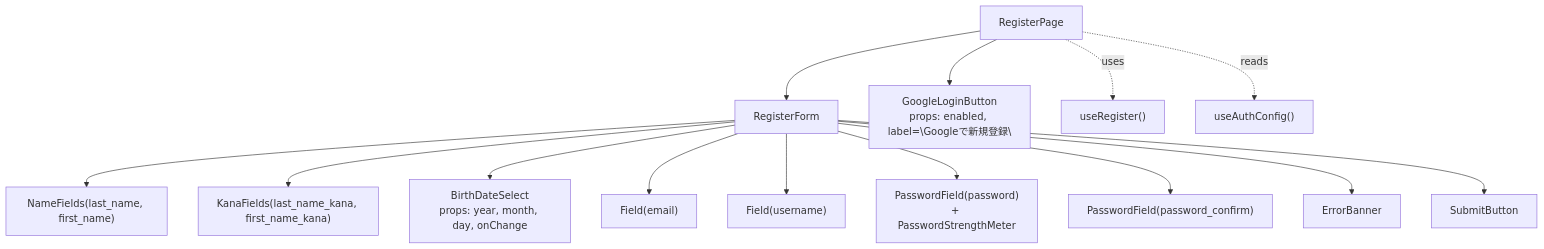
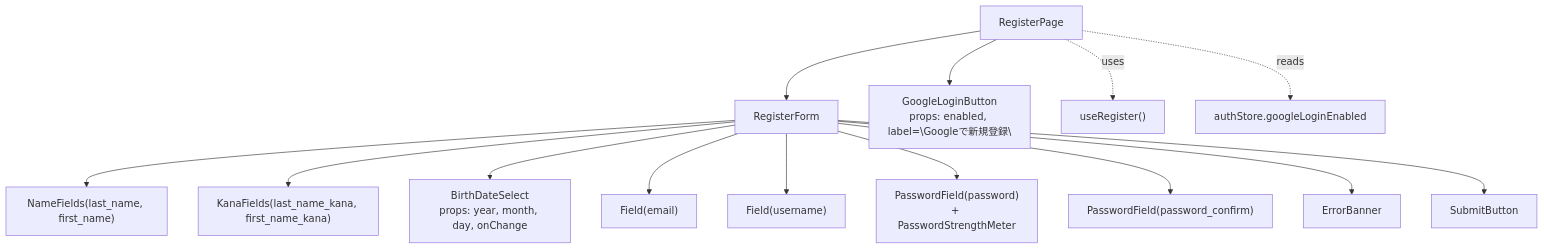
One commit to oikawa-d/task_management changed the fourth of 5 diagrams in docs/detailed_design/screen/02_register.md. Above: the diagram before and after it, drawn with Mermaid. The commit also changed other lines of this file and 4 other files, not shown here.

First line of the commit message:
docs: #315 設計書をauthStore.googleLoginEnabled前提へ更新、Register側テストIDを整合

````diff
--- a/docs/detailed_design/screen/02_register.md
+++ b/docs/detailed_design/screen/02_register.md
@@ -165,16 +165,16 @@
 ```mermaid
 flowchart TB
     RP["RegisterPage"] --> RF["RegisterForm"]
     RP --> GB["GoogleLoginButton<br/>props: enabled, label=\"Googleで新規登録\""]
     RF --> NAME["NameFields(last_name, first_name)"]
     RF --> KANA["KanaFields(last_name_kana, first_name_kana)"]
     RF --> BD["BirthDateSelect<br/>props: year, month, day, onChange"]
     RF --> EM["Field(email)"]
     RF --> UN["Field(username)"]
     RF --> PW["PasswordField(password)<br/>+ PasswordStrengthMeter"]
     RF --> PWC["PasswordField(password_confirm)"]
     RF --> EB["ErrorBanner"]
     RF --> BTN["SubmitButton"]
     RP -.uses.-> HOOK["useRegister()"]
-    RP -.reads.-> QCFG["useAuthConfig()"]
+    RP -.reads.-> STORE["authStore.googleLoginEnabled"]
 ```
````
